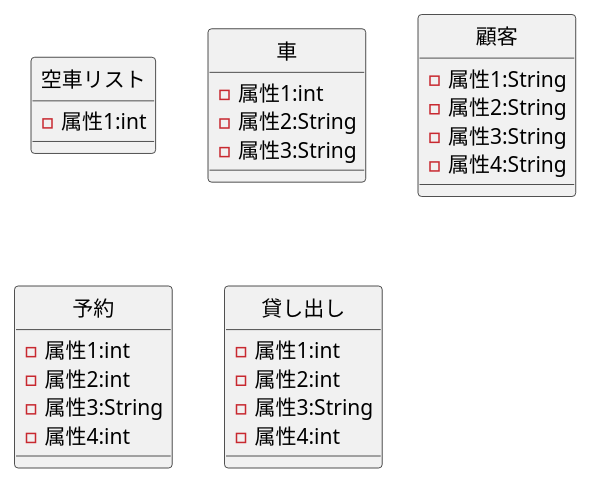
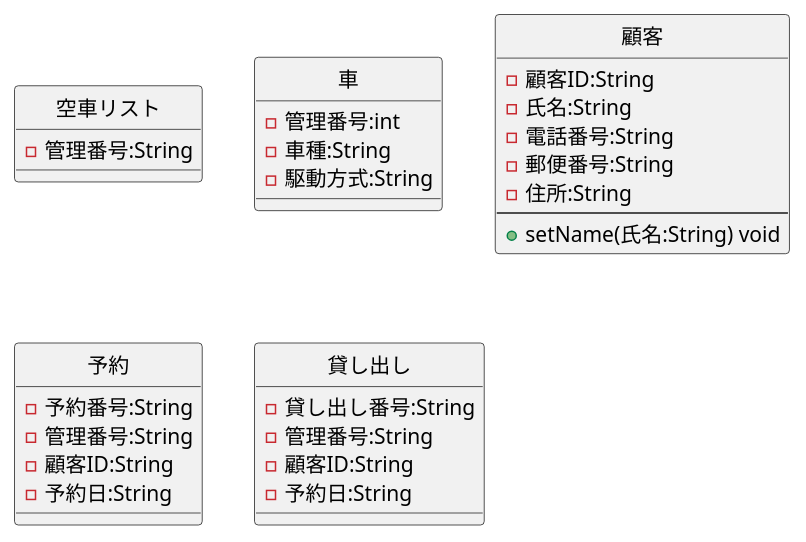
One commit to seyakatekudouu/UML_Introduction changed the diagram in 例題3-1_CL_車両貸出システム.pu. Above: the diagram before and after it, drawn with PlantUML.

Commit message:
完成

```diff
--- a/例題3-1_CL_車両貸出システム.pu
+++ b/例題3-1_CL_車両貸出システム.pu
@@ -1,38 +1,41 @@
 @startuml
 ' skinparam classAttributeIconSize 0
 class 空車リスト {
-- 属性1:int
+- 管理番号:String
 
 }
 class 車 {
-- 属性1:int  
-- 属性2:String 
-- 属性3:String  
+- 管理番号:int  
+- 車種:String 
+- 駆動方式:String  
 }
 class 顧客 {
-- 属性1:String
-- 属性2:String
-- 属性3:String
-- 属性4:String
+- 顧客ID:String
+- 氏名:String
+- 電話番号:String
+- 郵便番号:String
+- 住所:String
+---
++ setName(氏名:String) void
 }
 class 予約 {
-- 属性1:int 
-- 属性2:int 
-- 属性3:String 
-- 属性4:int
+- 予約番号:String
+- 管理番号:String 
+- 顧客ID:String 
+- 予約日:String
 }
 
 class 貸し出し {
-- 属性1:int 
-- 属性2:int 
-- 属性3:String 
-- 属性4:int
+- 貸し出し番号:String 
+- 管理番号:String 
+- 顧客ID:String 
+- 予約日:String
 
 }
 hide 空車リスト circle
 hide 車 circle
 hide 顧客 circle
 hide 予約 circle
 hide 貸し出し circle
 
 @enduml
```
